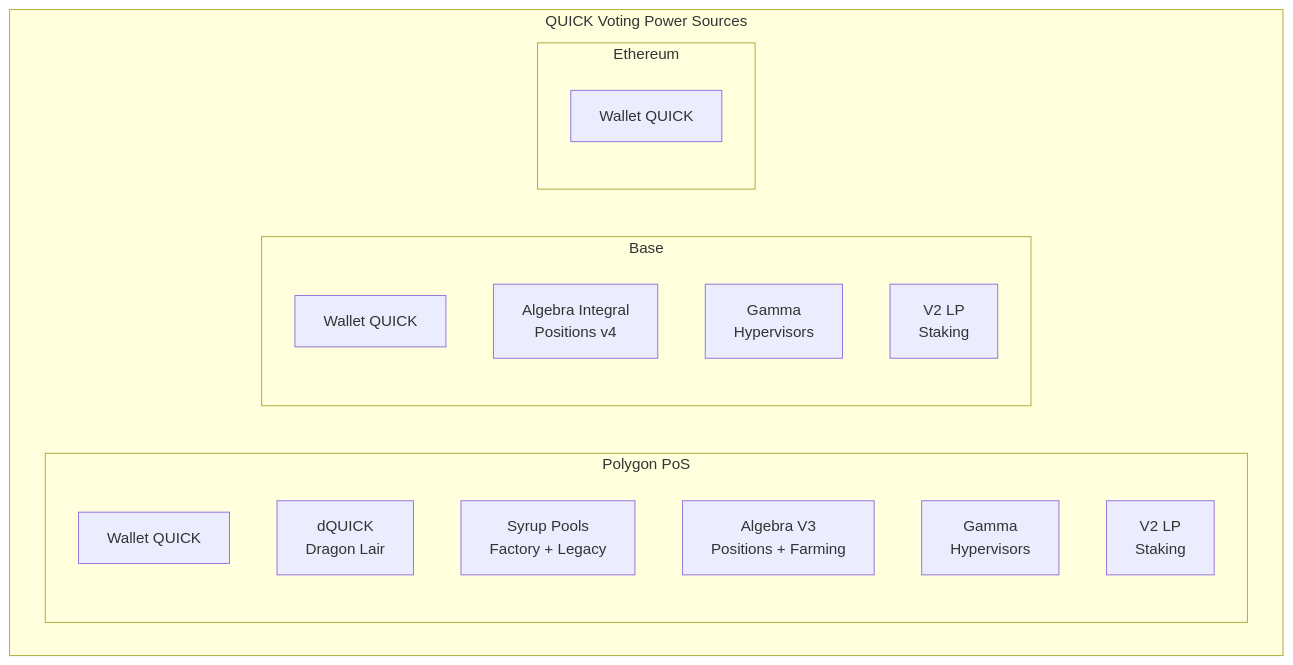
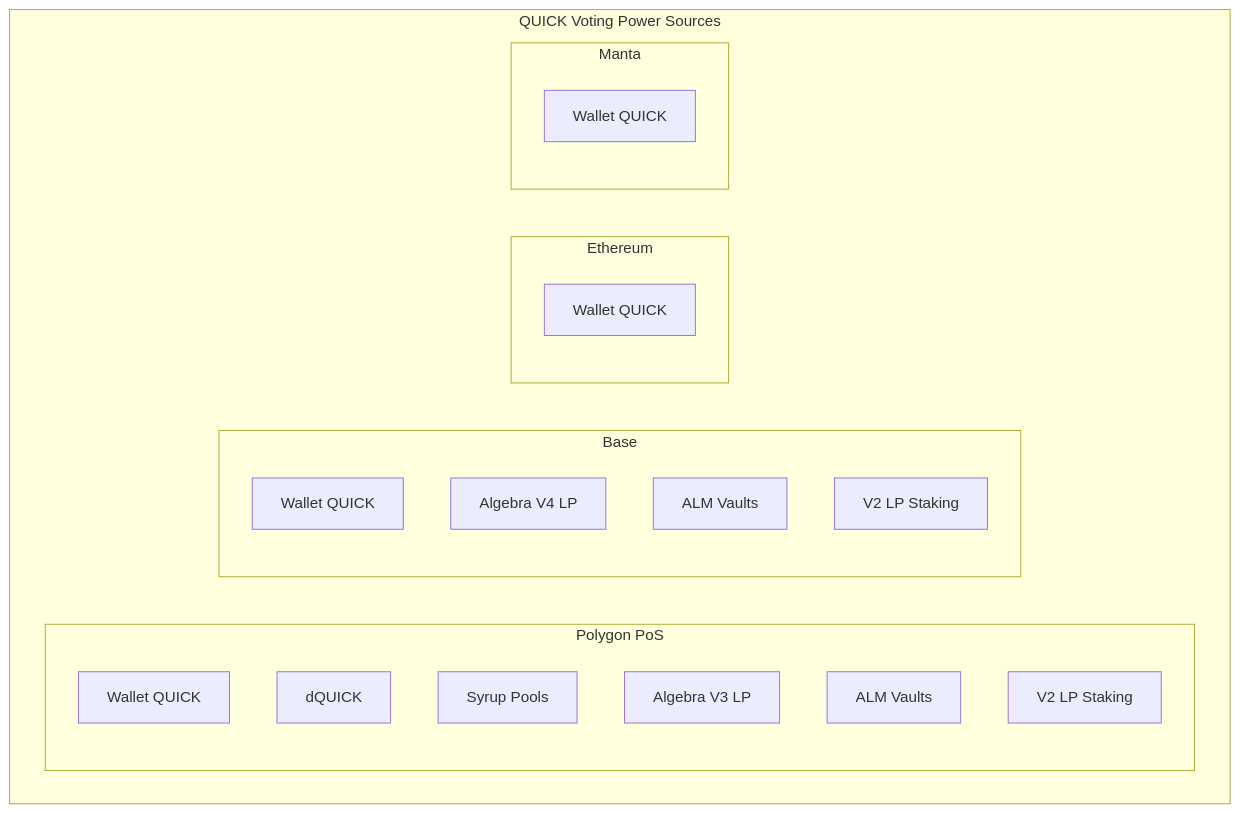
One commit to QuickSwap/quickswap-voting changed the diagram in assets/sources.mmd. Above: the diagram before and after it, drawn with Mermaid. The commit also changed 26 other files, not shown here.

Commit message:
Update README and architecture diagrams; add new modules and remove legacy components

```diff
--- a/assets/sources.mmd
+++ b/assets/sources.mmd
@@ -1,22 +1,26 @@
 flowchart TB
     subgraph Sources["QUICK Voting Power Sources"]
         subgraph Polygon["Polygon PoS"]
             P1[Wallet QUICK]
-            P2[dQUICK<br/>Dragon Lair]
-            P3[Syrup Pools<br/>Factory + Legacy]
-            P4[Algebra V3<br/>Positions + Farming]
-            P5[Gamma<br/>Hypervisors]
-            P6[V2 LP<br/>Staking]
+            P2[dQUICK]
+            P3[Syrup Pools]
+            P4[Algebra V3 LP]
+            P5[ALM Vaults]
+            P6[V2 LP Staking]
         end
 
-    subgraph Base["Base"]
-        B1[Wallet QUICK]
-        B2[Algebra Integral<br/>Positions v4]
-        B3[Gamma<br/>Hypervisors]
-        B4[V2 LP<br/>Staking]
-    end
+        subgraph Base["Base"]
+            B1[Wallet QUICK]
+            B2[Algebra V4 LP]
+            B3[ALM Vaults]
+            B4[V2 LP Staking]
+        end
 
         subgraph Ethereum["Ethereum"]
             E1[Wallet QUICK]
         end
+
+        subgraph Manta["Manta"]
+            M1[Wallet QUICK]
+        end
     end
```
